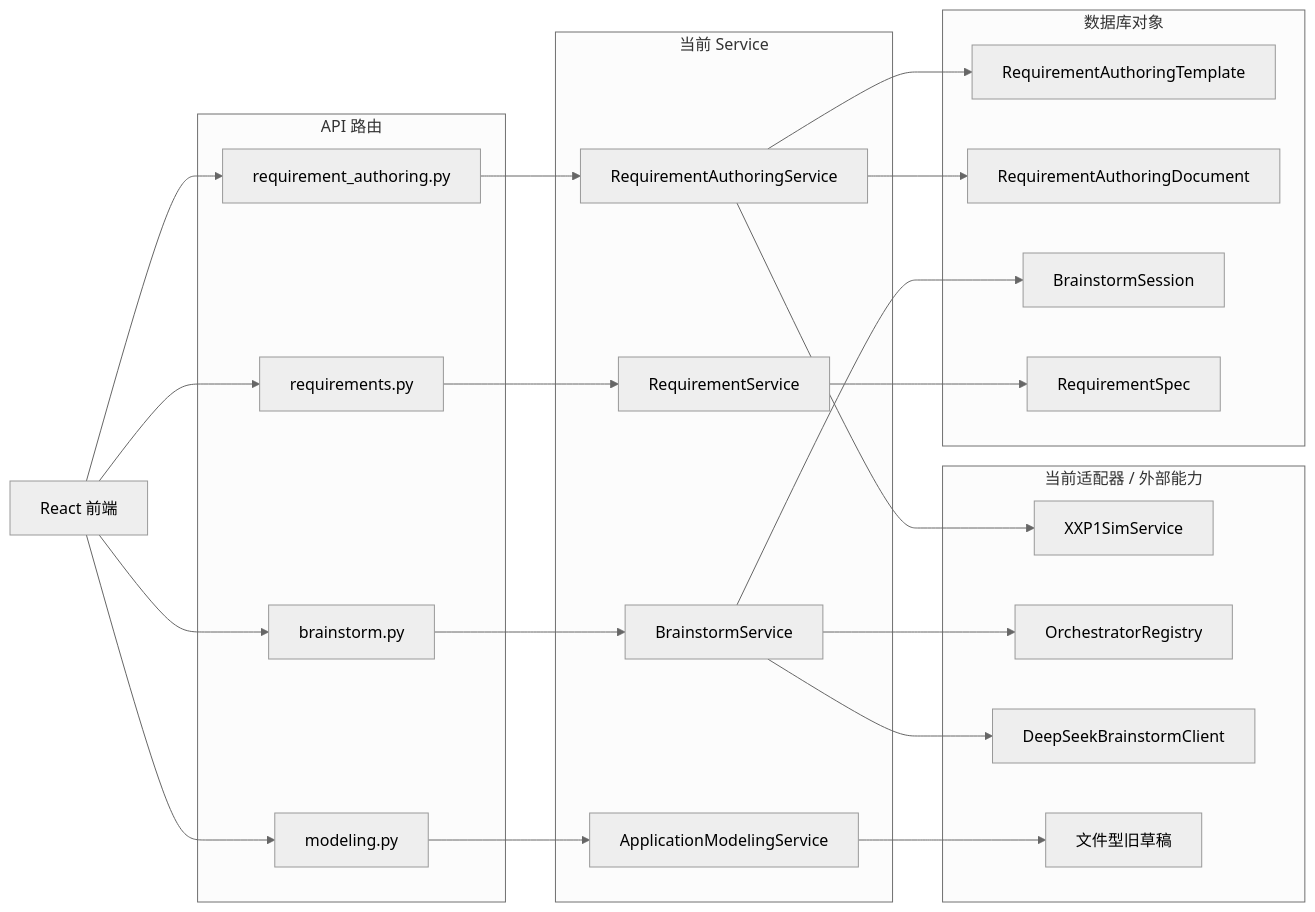
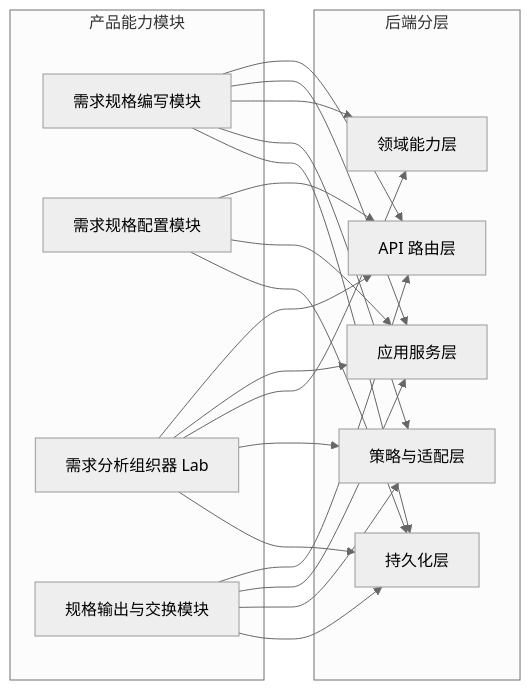
The second of 9 diagrams in DOC/CODEX_DOC/02_设计说明/P2_需求分析系统/P2-需求分析系统设计.md (wgwtest/CodeFactoryV2), drawn with Mermaid (neutral theme) before and after one commit. The commit also changed other lines of this file and 2 other files, not shown here.

````diff
--- a/DOC/CODEX_DOC/02_设计说明/P2_需求分析系统/P2-需求分析系统设计.md
+++ b/DOC/CODEX_DOC/02_设计说明/P2_需求分析系统/P2-需求分析系统设计.md
@@ -644,47 +259,38 @@
 ```mermaid
 flowchart LR
-  Web["React 前端"]
-
-  subgraph Routes["API 路由"]
-    RAuthoring["requirement_authoring.py"]
-    RBrainstorm["brainstorm.py"]
-    RRequirements["requirements.py"]
-    RModeling["modeling.py"]
+  subgraph M["产品能力模块"]
+    M1["需求规格编写模块"]
+    M2["需求规格配置模块"]
+    M3["需求分析组织器 Lab"]
+    M4["规格输出与交换模块"]
   end
 
-  subgraph Services["当前 Service"]
-    SAuthoring["RequirementAuthoringService"]
-    SBrainstorm["BrainstormService"]
-    SRequirements["RequirementService"]
-    SModeling["ApplicationModelingService"]
+  subgraph L["后端分层"]
+    L1["API 路由层"]
+    L2["应用服务层"]
+    L3["领域能力层"]
+    L4["策略与适配层"]
+    L5["持久化层"]
   end
 
-  subgraph Adapters["当前适配器 / 外部能力"]
-    P1Sim["XXP1SimService"]
-    Registry["OrchestratorRegistry"]
-    DeepSeek["DeepSeekBrainstormClient"]
-    FileDraft["文件型旧草稿"]
-  end
+  M1 --> L1
+  M1 --> L2
+  M1 --> L3
+  M1 --> L4
+  M1 --> L5
 
-  subgraph DB["数据库对象"]
-    Tpl["RequirementAuthoringTemplate"]
-    Doc["RequirementAuthoringDocument"]
-    Turn["BrainstormSession"]
-    Spec["RequirementSpec"]
-  end
+  M2 --> L1
+  M2 --> L2
+  M2 --> L5
 
-  Web --> RAuthoring --> SAuthoring
-  Web --> RBrainstorm --> SBrainstorm
-  Web --> RRequirements --> SRequirements
-  Web --> RModeling --> SModeling
+  M3 --> L1
+  M3 --> L2
+  M3 --> L3
+  M3 --> L4
+  M3 --> L5
 
-  SAuthoring --> P1Sim
-  SBrainstorm --> Registry
-  SBrainstorm --> DeepSeek
-  SModeling --> FileDraft
-
-  SAuthoring --> Tpl
-  SAuthoring --> Doc
-  SBrainstorm --> Turn
-  SRequirements --> Spec
+  M4 --> L1
+  M4 --> L2
+  M4 --> L4
+  M4 --> L5
 ```
````
